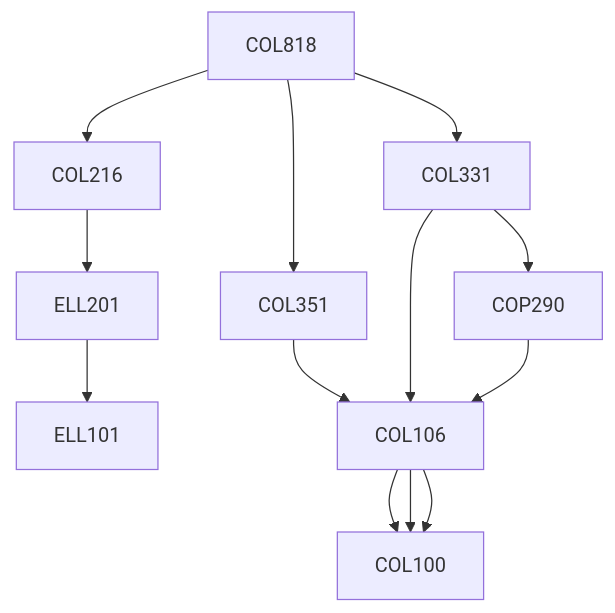
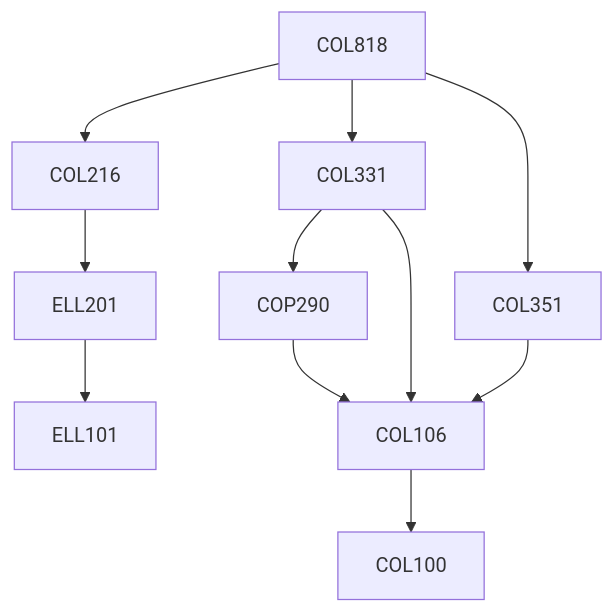
The diagram in content/Computer Science and Engineering/COL818.md (KeshavBansal0122/CoS_Website), drawn with Mermaid before and after one commit. The commit also changed other lines of this file and 2667 other files, not shown here.

````diff
--- a/content/Computer Science and Engineering/COL818.md
+++ b/content/Computer Science and Engineering/COL818.md
@@ -15,15 +13,17 @@
 ```mermaid
-graph TD
-COL818 --> COL216
-COL216 --> ELL201
-ELL201 --> ELL101
-COL818 --> COL351
-COL351 --> COL106
-COL106 --> COL100
-COL818 --> COL331
-COL331 --> COL106
-COL106 --> COL100
-COL331 --> COP290
-COP290 --> COL106
-COL106 --> COL100
+flowchart TD
+COL818-233[COL818]
+ELL201-233 --> ELL101-233[ELL101]
+COP290-233 --> COL106-233[COL106]
+COL331-233 --> COL106-233[COL106]
+COL216-233 --> ELL201-233[ELL201]
+COL331-233 --> COP290-233[COP290]
+COL818-233 --> COL351-233[COL351]
+COL818-233 --> COL216-233[COL216]
+COL818-233 --> COL331-233[COL331]
+COL106-233 --> COL100-233[COL100]
+COL351-233 --> COL106-233[COL106]
+
+classDef empty height:17px, fill:transparent, stroke:transparent;
+classDef trueEmpty height:0px, width:0px;
 ```
````
